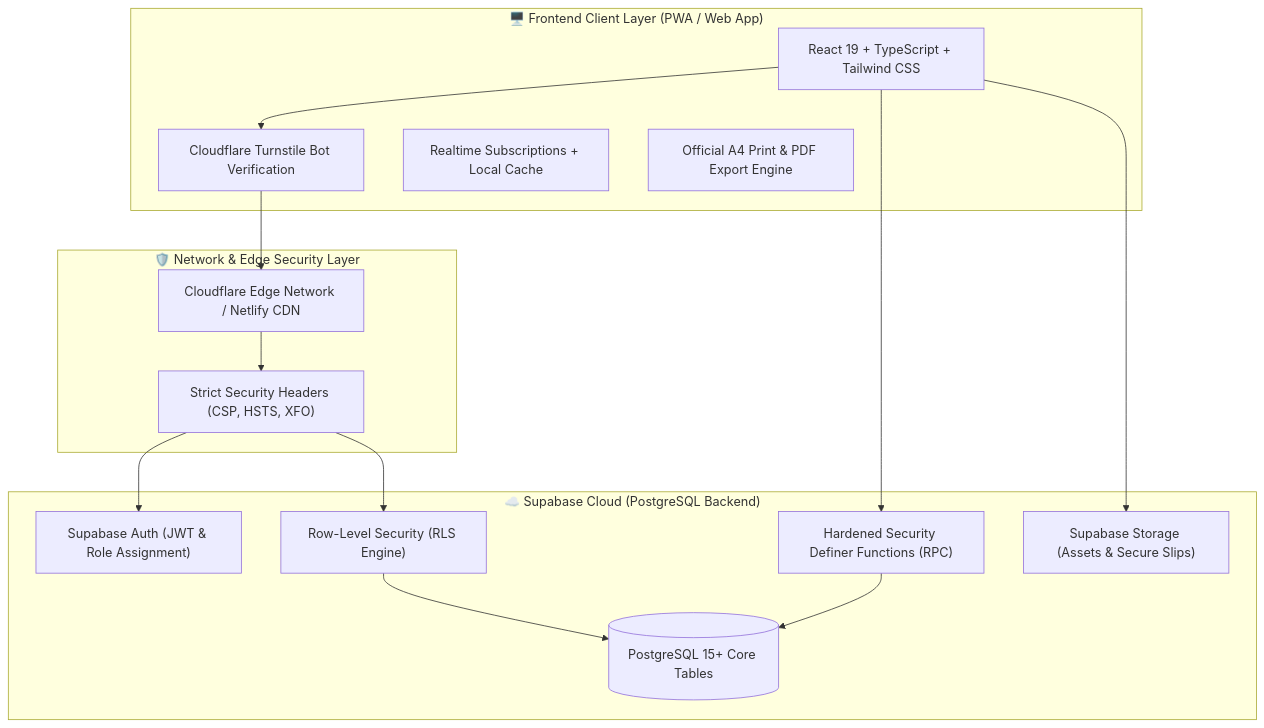
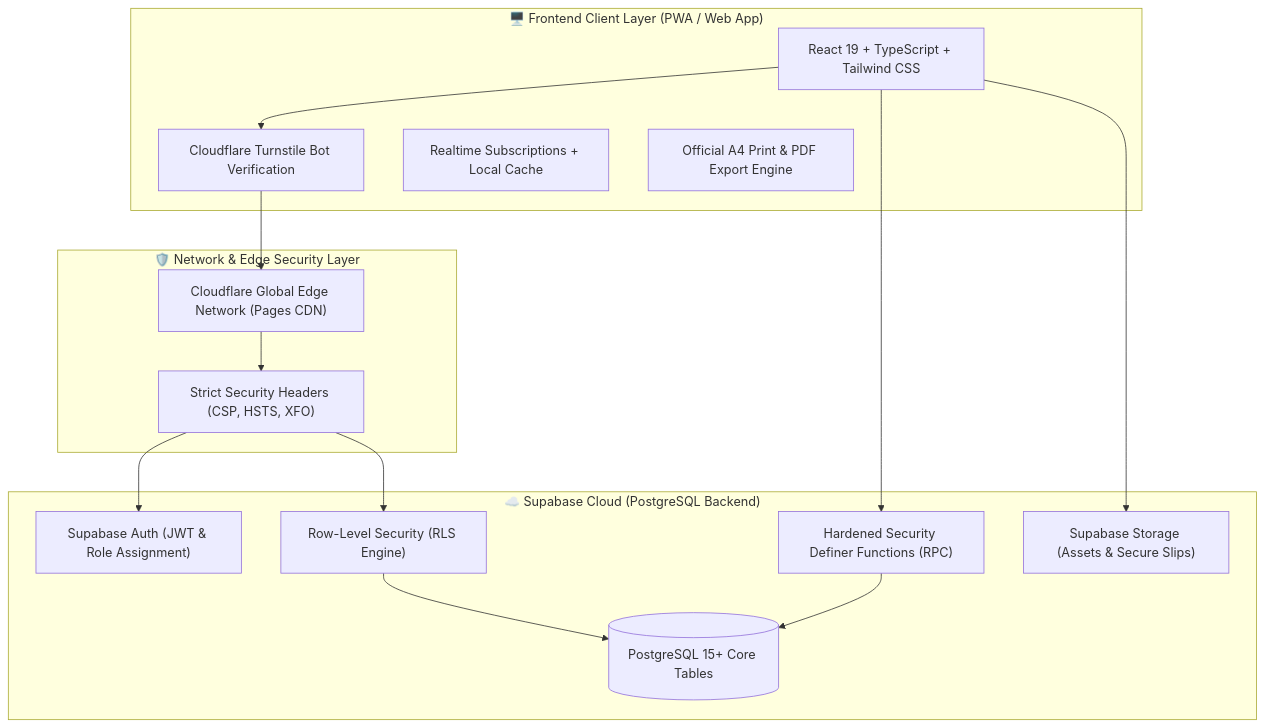
One commit to HM186812/AvatrAutoService changed the diagram in docs/handover/README.md. Above: the diagram before and after it, drawn with Mermaid. The commit also changed other lines of this file and 3 other files, not shown here.

Commit message:
docs: add comprehensive master system handover handbook for cloudflare pages and supabase

````diff
--- a/docs/handover/README.md
+++ b/docs/handover/README.md
@@ -26,28 +26,28 @@
 ```mermaid
 flowchart TB
     subgraph ClientLayer["🖥️ Frontend Client Layer (PWA / Web App)"]
         UI["React 19 + TypeScript + Tailwind CSS"]
         Turnstile["Cloudflare Turnstile Bot Verification"]
         State["Realtime Subscriptions + Local Cache"]
         A4["Official A4 Print & PDF Export Engine"]
     end
 
     subgraph SecurityGateway["🛡️ Network & Edge Security Layer"]
-        CF["Cloudflare Edge Network / Netlify CDN"]
+        CF["Cloudflare Global Edge Network (Pages CDN)"]
         Headers["Strict Security Headers (CSP, HSTS, XFO)"]
     end
 
     subgraph BackendLayer["☁️ Supabase Cloud (PostgreSQL Backend)"]
         Auth["Supabase Auth (JWT & Role Assignment)"]
         RLS["Row-Level Security (RLS Engine)"]
         DB[(PostgreSQL 15+ Core Tables)]
         RPC["Hardened Security Definer Functions (RPC)"]
         Storage["Supabase Storage (Assets & Secure Slips)"]
     end
 
     UI --> Turnstile --> CF --> Headers
     Headers --> Auth
     Headers --> RLS --> DB
     UI --> RPC --> DB
     UI --> Storage
 ```
````
